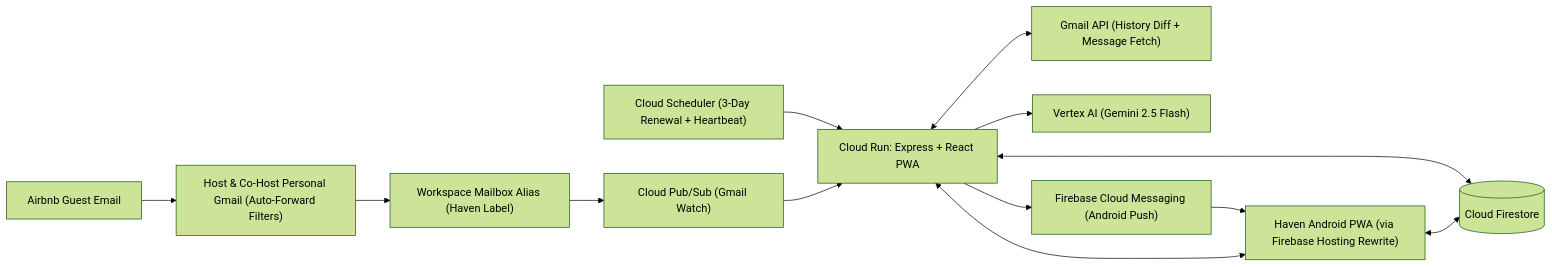
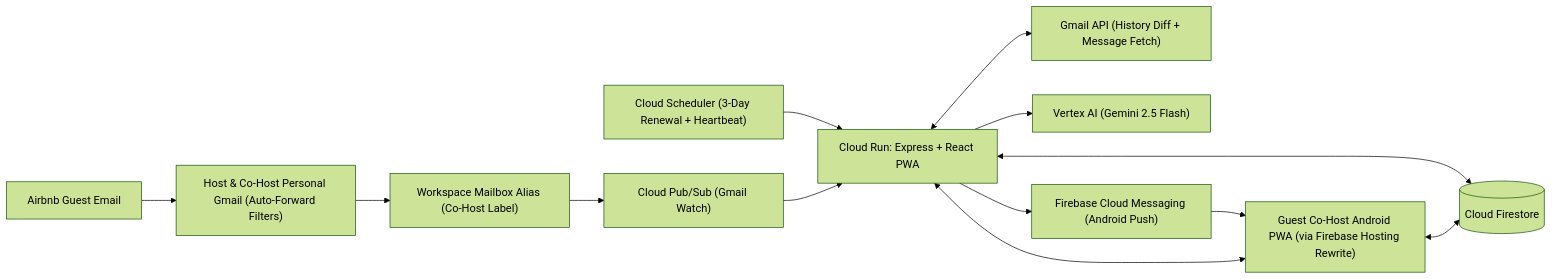
One commit to dmeeks91/airbnb-agent changed the diagram in docs/IMPLEMENTATION_PLAN.md. Above: the diagram before and after it, drawn with Mermaid (forest theme). The commit also changed other lines of this file and 67 other files, not shown here.

Commit message:
refactor: rename app to Guest Co-Host (short name Co-Host, slug cohost)

````diff
--- a/docs/IMPLEMENTATION_PLAN.md
+++ b/docs/IMPLEMENTATION_PLAN.md
@@ -35,15 +35,15 @@
 ```mermaid
 flowchart LR
   Airbnb["Airbnb Guest Email"] --> PersonalGmail["Host & Co-Host Personal Gmail (Auto-Forward Filters)"]
-  PersonalGmail --> WorkspaceMail["Workspace Mailbox Alias (Haven Label)"]
+  PersonalGmail --> WorkspaceMail["Workspace Mailbox Alias (Co-Host Label)"]
   WorkspaceMail --> PubSub["Cloud Pub/Sub (Gmail Watch)"]
   Scheduler["Cloud Scheduler (3-Day Renewal + Heartbeat)"] --> CloudRun["Cloud Run: Express + React PWA"]
   PubSub --> CloudRun
   CloudRun <--> GmailAPI["Gmail API (History Diff + Message Fetch)"]
   CloudRun <--> FS[("Cloud Firestore")]
   CloudRun --> Vertex["Vertex AI (Gemini 2.5 Flash)"]
   CloudRun --> FCM["Firebase Cloud Messaging (Android Push)"]
-  FCM --> PWA["Haven Android PWA (via Firebase Hosting Rewrite)"]
+  FCM --> PWA["Guest Co-Host Android PWA (via Firebase Hosting Rewrite)"]
   PWA <--> FS
   PWA <--> CloudRun
 ```
````
